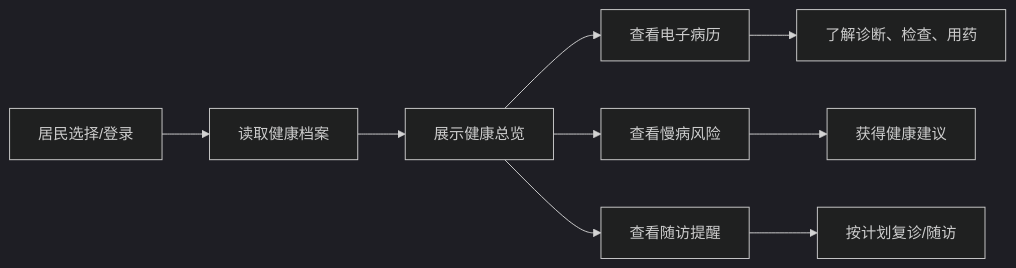
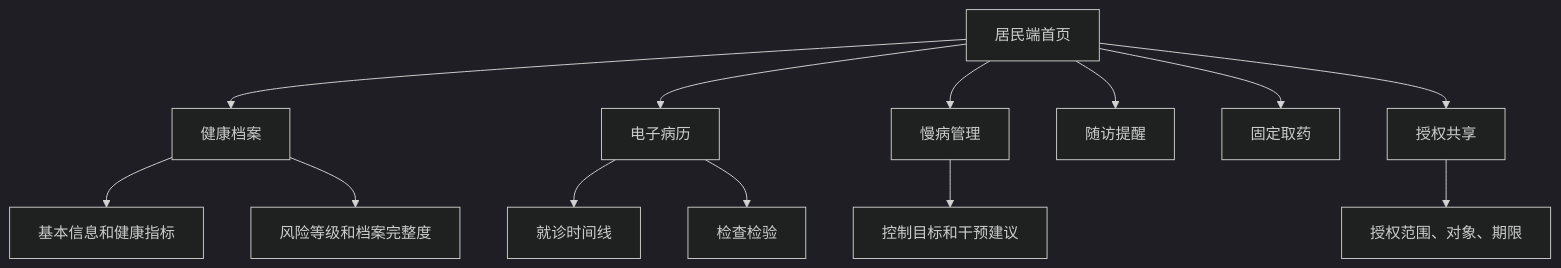
Before and after one commit to xujiann/chronic-care-platform: the diagram in docs/C端居民端设计方案.md, drawn with Mermaid (dark theme). The commit also changed other lines of this file and 7 other files, not shown here.

````diff
--- a/docs/C端居民端设计方案.md
+++ b/docs/C端居民端设计方案.md
@@ -52,11 +31,16 @@
 ```mermaid
-flowchart LR
-    A["居民选择/登录"] --> B["读取健康档案"]
-    B --> C["展示健康总览"]
-    C --> D["查看电子病历"]
-    C --> E["查看慢病风险"]
-    C --> F["查看随访提醒"]
-    E --> G["获得健康建议"]
-    F --> H["按计划复诊/随访"]
-    D --> I["了解诊断、检查、用药"]
+flowchart TB
+  Home["居民端首页"] --> Archive["健康档案"]
+  Home --> EMR["电子病历"]
+  Home --> Chronic["慢病管理"]
+  Home --> Followup["随访提醒"]
+  Home --> Drug["固定取药"]
+  Home --> Share["授权共享"]
+
+  Archive --> Base["基本信息和健康指标"]
+  Archive --> Risk["风险等级和档案完整度"]
+  EMR --> Visit["就诊时间线"]
+  EMR --> Lab["检查检验"]
+  Chronic --> Plan["控制目标和干预建议"]
+  Share --> Scope["授权范围、对象、期限"]
 ```
````
